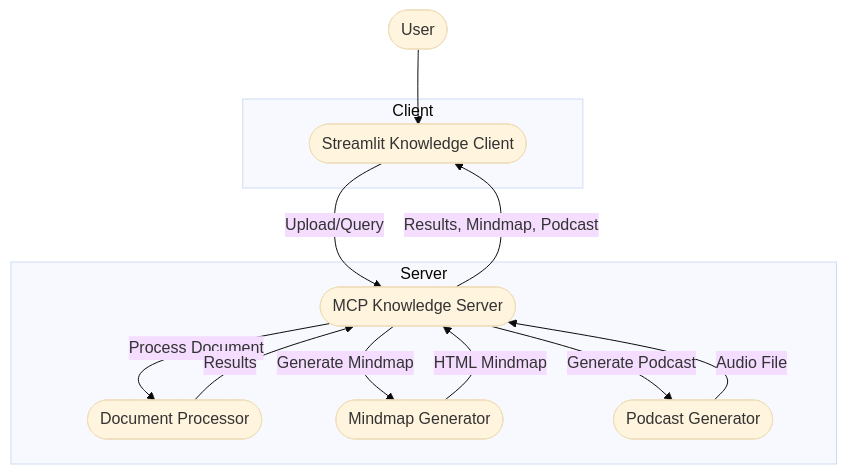
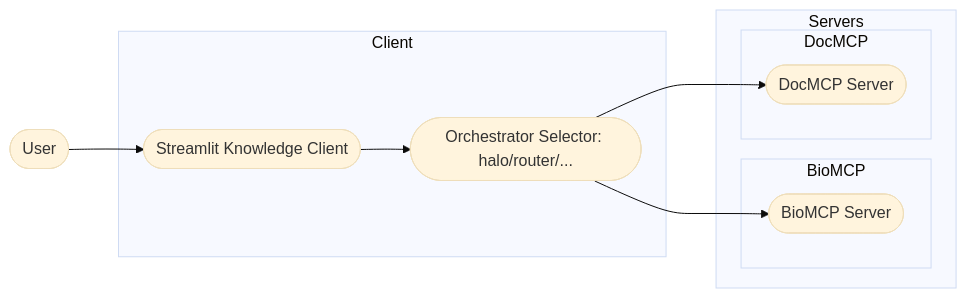
Before and after one commit to theodoremui/bioreasoning: the first of 4 diagrams in docs/architecture.md, drawn with Mermaid (base theme). The commit also changed other lines of this file and 26 other files, not shown here.

````diff
--- a/docs/architecture.md
+++ b/docs/architecture.md
@@ -11,23 +12,21 @@
 ```mermaid
-flowchart TD
+flowchart LR
     User([User])
     subgraph Client
-        StreamlitApp([Streamlit Knowledge Client])
+        UI([Streamlit Knowledge Client])
+        Orchestrator([Orchestrator Selector: halo/router/...])
     end
-    subgraph Server
-        MCPServer([MCP Knowledge Server])
-        DocProc([Document Processor])
-        MindMap([Mindmap Generator])
-        Podcast([Podcast Generator])
+    subgraph Servers
+        subgraph BioMCP
+            BioMCPServer([BioMCP Server])
+        end
+        subgraph DocMCP
+            DocMCPServer([DocMCP Server])
+        end
     end
 
-    User --> StreamlitApp
-    StreamlitApp --"Upload/Query"--> MCPServer
-    MCPServer --"Process Document"--> DocProc
-    DocProc --"Results"--> MCPServer
-    MCPServer --"Generate Mindmap"--> MindMap
-    MindMap --"HTML Mindmap"--> MCPServer
-    MCPServer --"Generate Podcast"--> Podcast
-    Podcast --"Audio File"--> MCPServer
-    MCPServer --"Results, Mindmap, Podcast"--> StreamlitApp
+    User --> UI
+    UI --> Orchestrator
+    Orchestrator --> BioMCPServer
+    Orchestrator --> DocMCPServer
 ```
````
